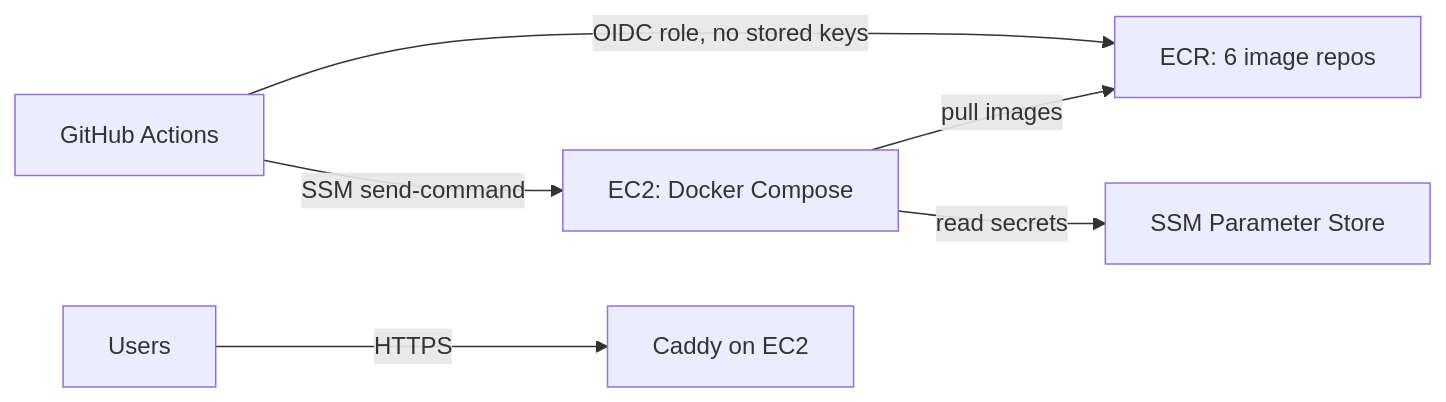
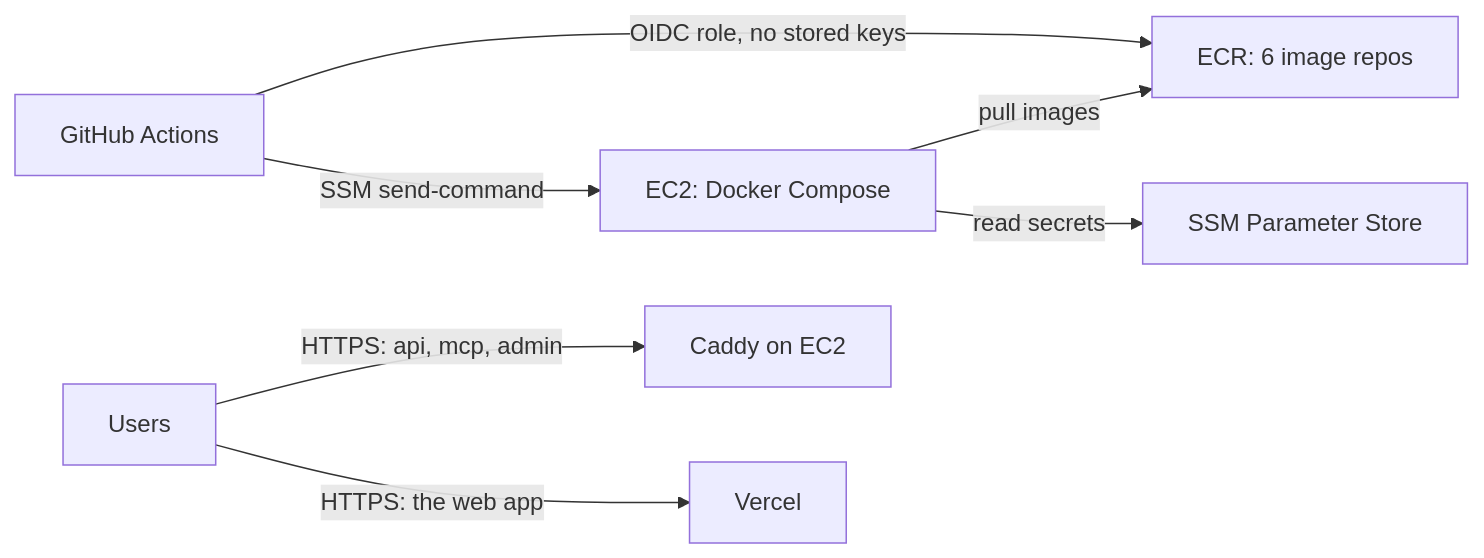
Before and after one commit to chaudhary-rishabh/Tessel: the first of 2 diagrams in infra/aws/README.md, drawn with Mermaid. The commit also changed other lines of this file and 9 other files, not shown here.

First line of the commit message:
Serve the web app from Vercel; make it an optional profile on EC2

````diff
--- a/infra/aws/README.md
+++ b/infra/aws/README.md
@@ -5,8 +5,9 @@
 ```mermaid
 flowchart LR
   gh["GitHub Actions"] -- "OIDC role, no stored keys" --> ecr["ECR: 6 image repos"]
   gh -- "SSM send-command" --> ec2["EC2: Docker Compose"]
   ec2 -- "pull images" --> ecr
   ec2 -- "read secrets" --> ssm["SSM Parameter Store"]
-  users["Users"] -- "HTTPS" --> caddy["Caddy on EC2"]
+  users["Users"] -- "HTTPS: api, mcp, admin" --> caddy["Caddy on EC2"]
+  users -- "HTTPS: the web app" --> vercel["Vercel"]
 ```
````
